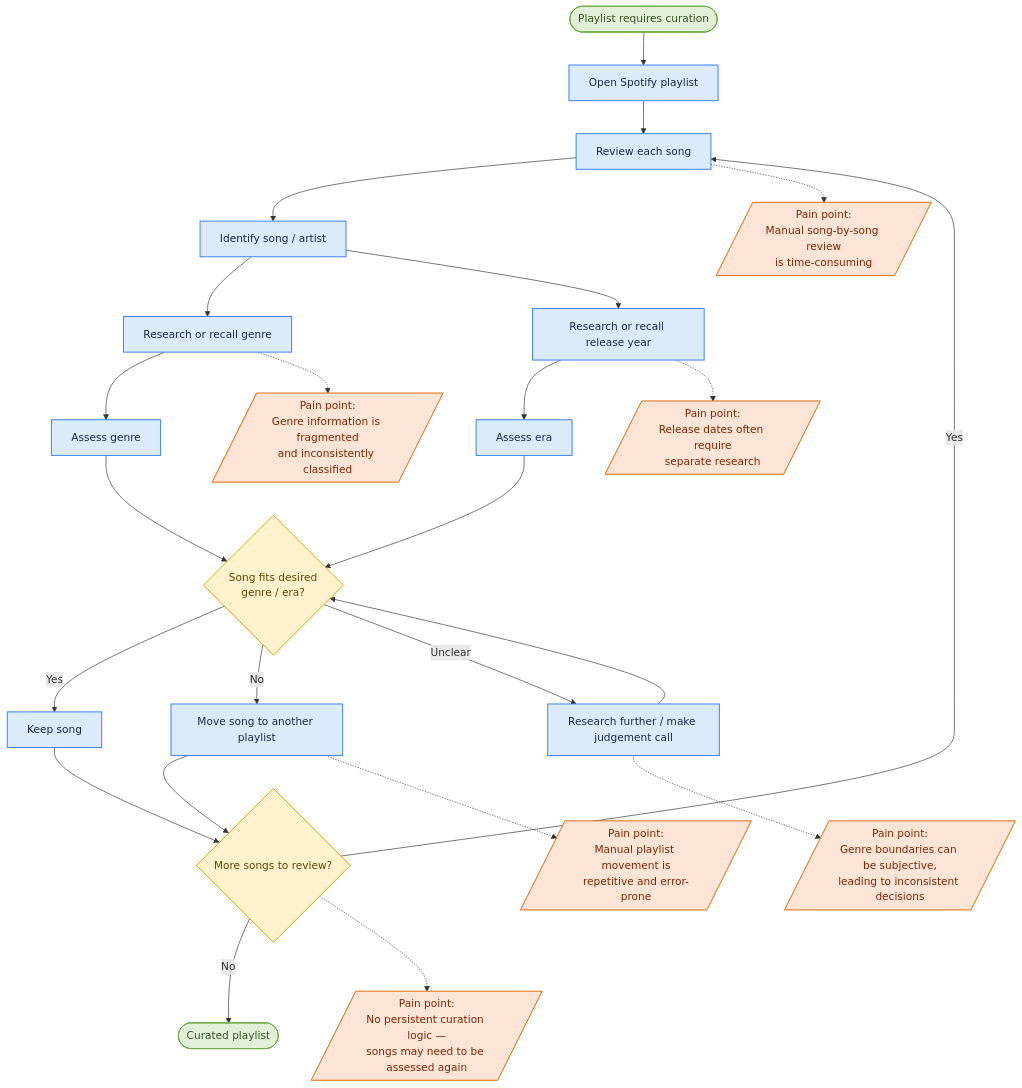
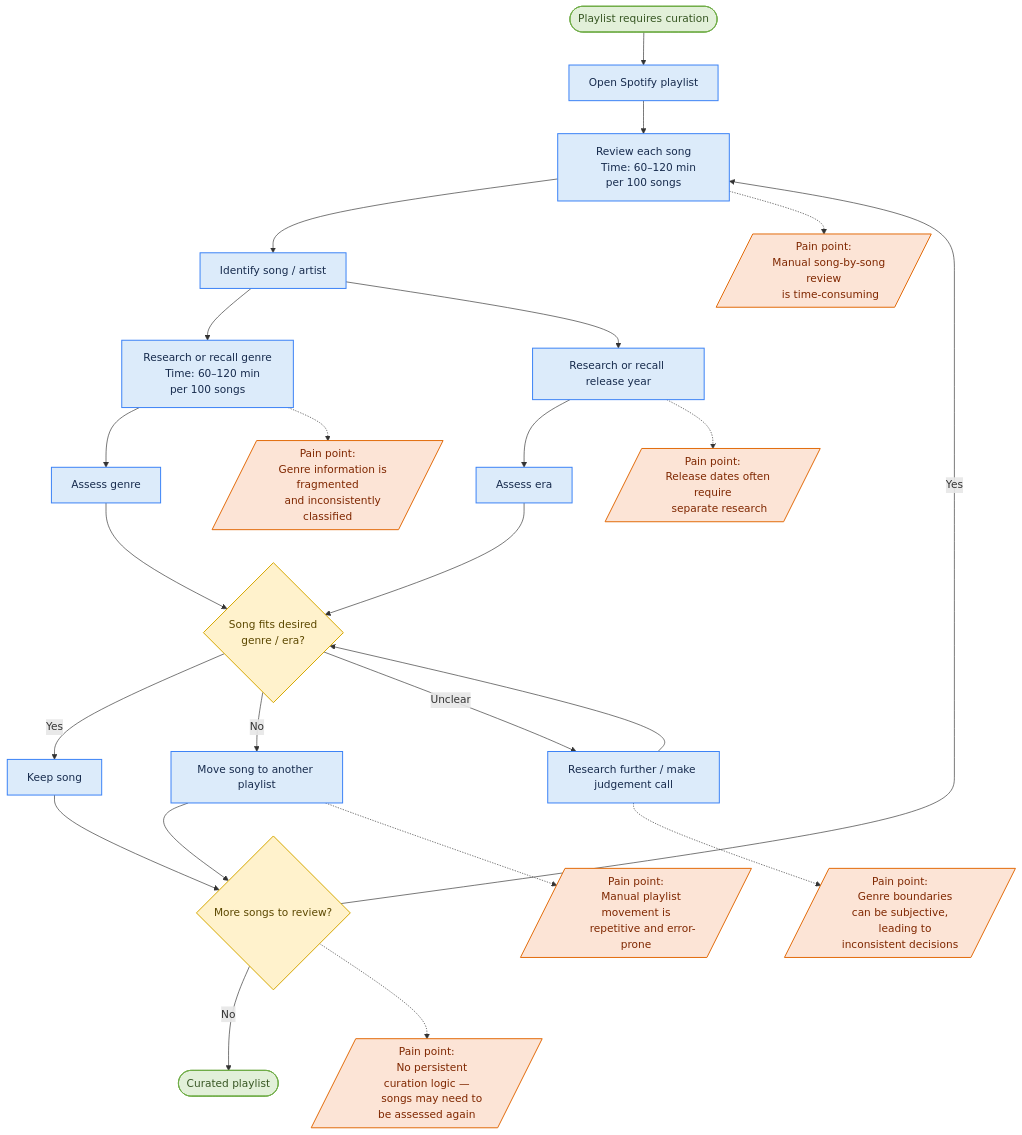
Before and after one commit to matisgod/spotify-sorter: the diagram in briefing/process_maps/As_Is_Process_Map.md, drawn with Mermaid. The commit also changed 1 other file, not shown here.

Commit message:
Added timestamps to the process maps

```diff
--- a/briefing/process_maps/As_Is_Process_Map.md
+++ b/briefing/process_maps/As_Is_Process_Map.md
@@ -3,16 +3,22 @@
     A([Playlist requires curation])
 
     B[Open Spotify playlist]
-    C[Review each song]
+
+    C[Review each song
+    Time: 60–120 min per 100 songs]
+
     D[Identify song / artist]
 
-    E[Research or recall genre]
+    E[Research or recall genre
+    Time: 60–120 min per 100 songs]
+
     F[Research or recall release year]
 
     G[Assess genre]
     H[Assess era]
 
-    I{Song fits desired<br/>genre / era?}
+    I{Song fits desired
+    genre / era?}
 
     J[Keep song]
     K[Move song to another playlist]
@@ -22,12 +28,29 @@
 
     N([Curated playlist])
 
-    P1[/Pain point:<br/>Manual song-by-song review<br/>is time-consuming/]
-    P2[/Pain point:<br/>Genre information is fragmented<br/>and inconsistently classified/]
-    P3[/Pain point:<br/>Release dates often require<br/>separate research/]
-    P4[/Pain point:<br/>Genre boundaries can be subjective,<br/>leading to inconsistent decisions/]
-    P5[/Pain point:<br/>Manual playlist movement is<br/>repetitive and error-prone/]
-    P6[/Pain point:<br/>No persistent curation logic —<br/>songs may need to be assessed again/]
+    P1[/Pain point:
+    Manual song-by-song review
+    is time-consuming/]
+
+    P2[/Pain point:
+    Genre information is fragmented
+    and inconsistently classified/]
+
+    P3[/Pain point:
+    Release dates often require
+    separate research/]
+
+    P4[/Pain point:
+    Genre boundaries can be subjective,
+    leading to inconsistent decisions/]
+
+    P5[/Pain point:
+    Manual playlist movement is
+    repetitive and error-prone/]
+
+    P6[/Pain point:
+    No persistent curation logic —
+    songs may need to be assessed again/]
 
     A --> B
     B --> C
```
